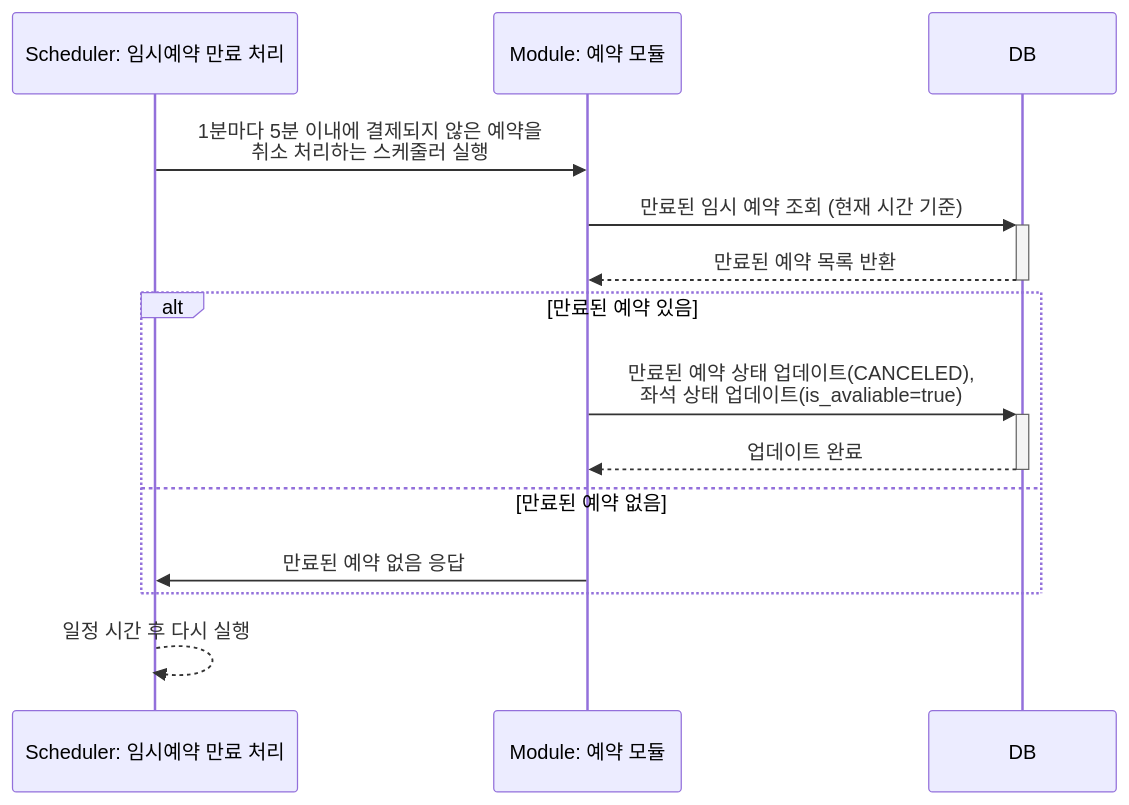
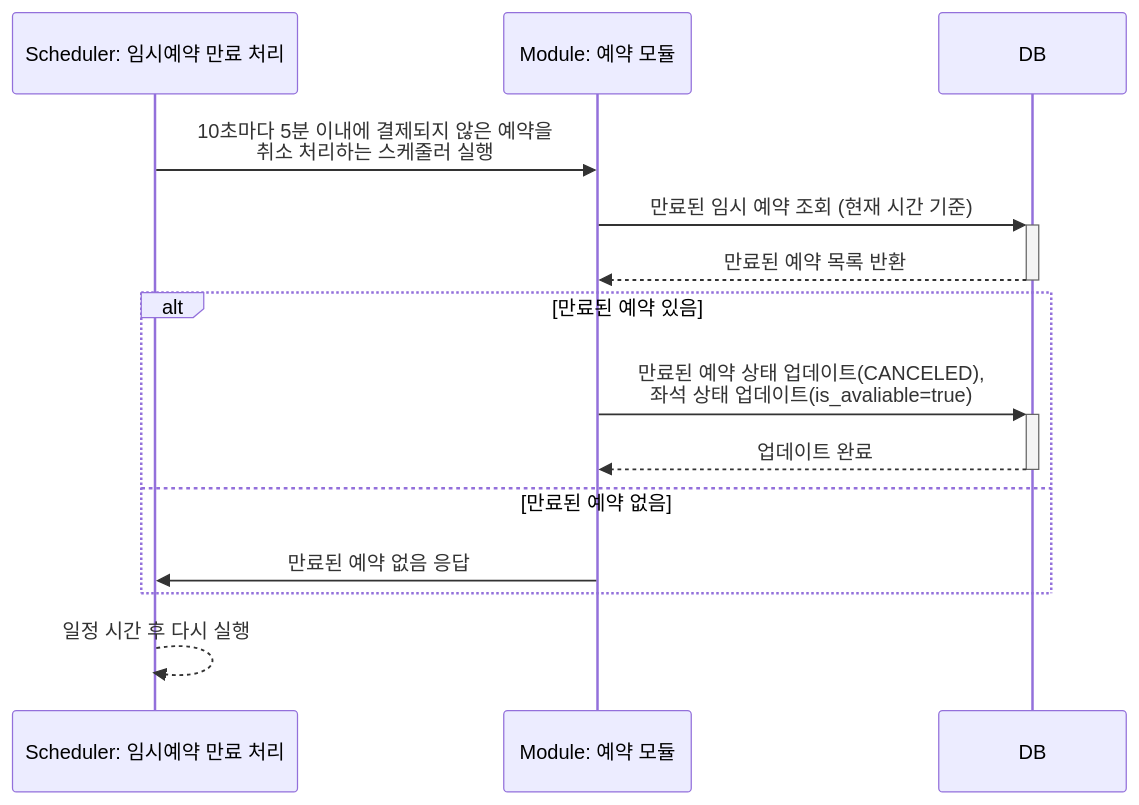
Before and after one commit to yangahh/concert-ticket-reservation: the seventh of 10 diagrams in docs/sequence_diagram.md, drawn with Mermaid. The commit also changed other lines of this file, not shown here.

Commit message:
docs: 시나리오 문서 수정

````diff
--- a/docs/sequence_diagram.md
+++ b/docs/sequence_diagram.md
@@ -137,19 +137,19 @@
 ```mermaid
 sequenceDiagram
     participant sch as Scheduler: 임시예약 만료 처리
     participant re as Module: 예약 모듈
     participant db as DB
 
-    sch ->> re: 1분마다 5분 이내에 결제되지 않은 예약을<br> 취소 처리하는 스케줄러 실행
+    sch ->> re: 10초마다 5분 이내에 결제되지 않은 예약을<br> 취소 처리하는 스케줄러 실행
     re ->>+ db: 만료된 임시 예약 조회 (현재 시간 기준)
     db -->>- re: 만료된 예약 목록 반환
 
     alt 만료된 예약 있음
         re ->>+ db: 만료된 예약 상태 업데이트(CANCELED),<br>좌석 상태 업데이트(is_avaliable=true)
         db -->>- re: 업데이트 완료
     else 만료된 예약 없음
         re ->> sch: 만료된 예약 없음 응답
     end
     
     sch -->> sch: 일정 시간 후 다시 실행
 ```
````
